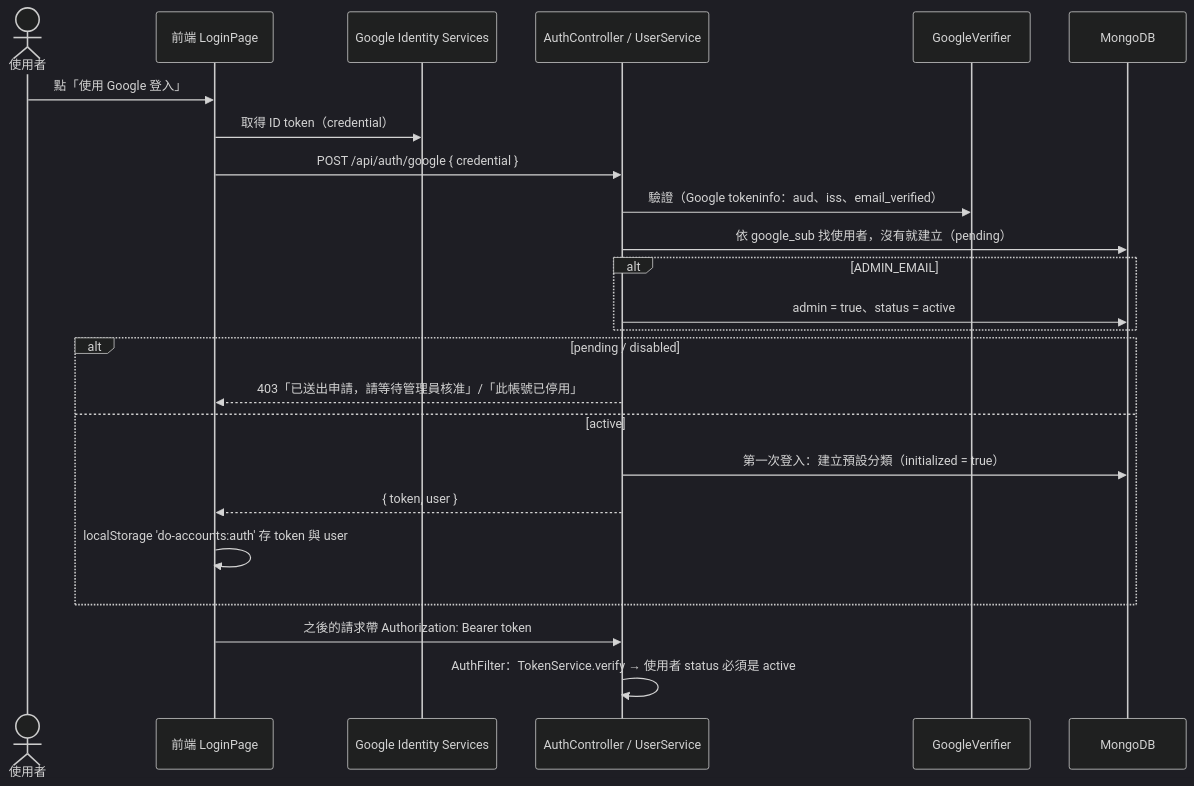
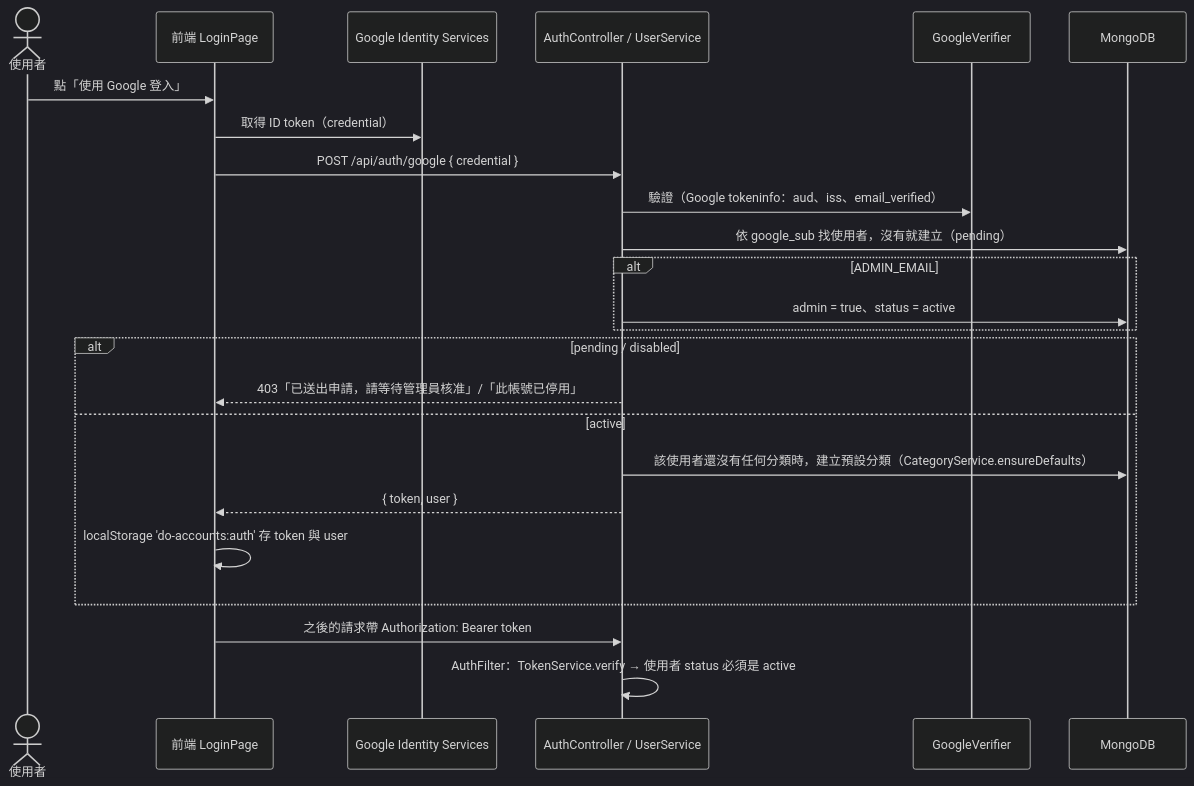
One commit to alexsuze/do-accounts changed the third of 5 diagrams in docs/SD.md. Above: the diagram before and after it, drawn with Mermaid (dark theme). The commit also changed other lines of this file and 65 other files, not shown here.

````diff
--- a/docs/SD.md
+++ b/docs/SD.md
@@ -515,27 +515,27 @@
 ```mermaid
 sequenceDiagram
     actor U as 使用者
     participant W as 前端 LoginPage
     participant G as Google Identity Services
     participant A as AuthController / UserService
     participant GV as GoogleVerifier
     participant DB as MongoDB
 
     U->>W: 點「使用 Google 登入」
     W->>G: 取得 ID token（credential）
     W->>A: POST /api/auth/google { credential }
     A->>GV: 驗證（Google tokeninfo：aud、iss、email_verified）
     A->>DB: 依 google_sub 找使用者，沒有就建立（pending）
     alt ADMIN_EMAIL
         A->>DB: admin = true、status = active
     end
     alt pending / disabled
         A-->>W: 403「已送出申請，請等待管理員核准」/「此帳號已停用」
     else active
-        A->>DB: 第一次登入：建立預設分類（initialized = true）
+        A->>DB: 該使用者還沒有任何分類時，建立預設分類（CategoryService.ensureDefaults）
         A-->>W: { token, user }
         W->>W: localStorage 'do-accounts:auth' 存 token 與 user
     end
     W->>A: 之後的請求帶 Authorization: Bearer token
     A->>A: AuthFilter：TokenService.verify → 使用者 status 必須是 active
 ```
````
